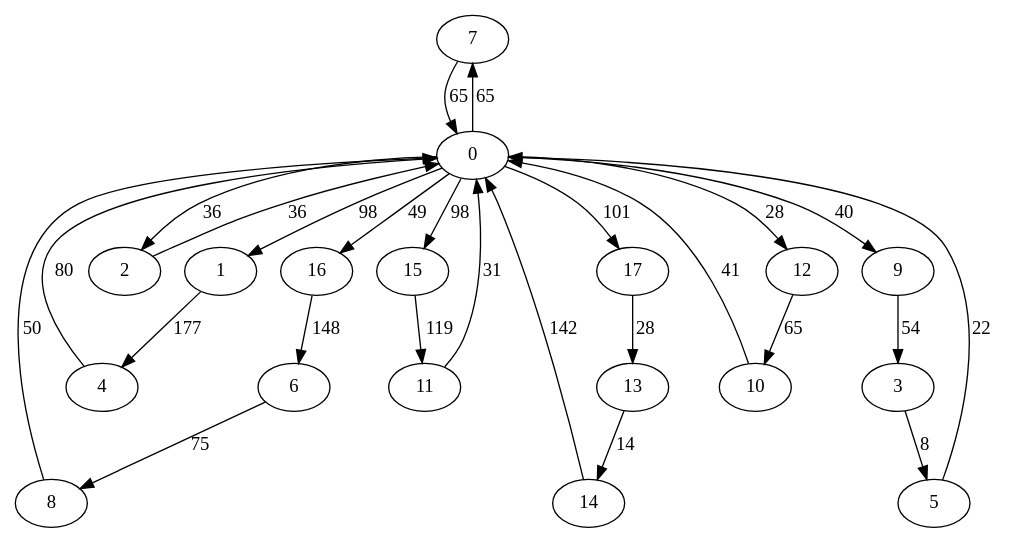
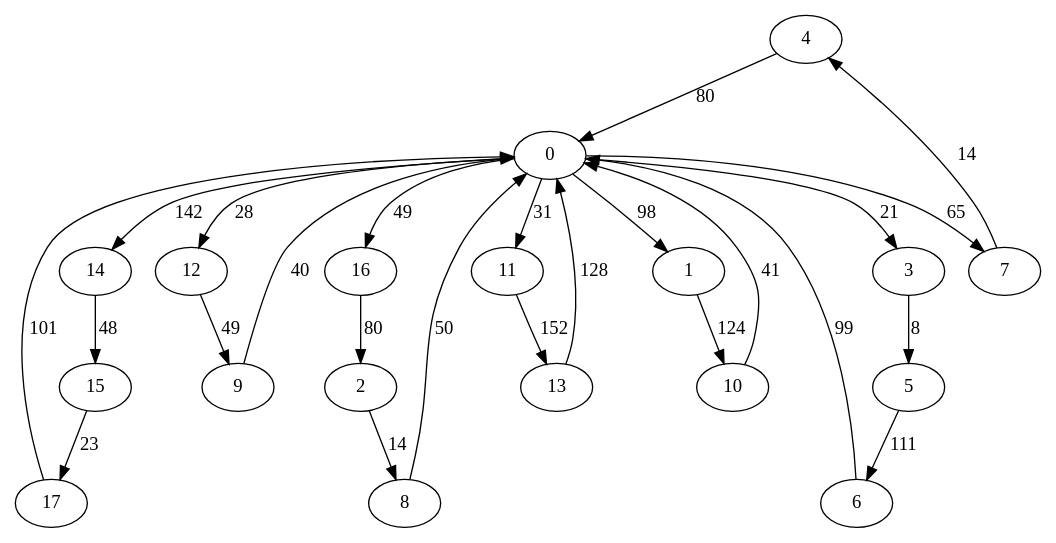
One commit to akosej/vehicle_routing changed the diagram in grafos/iteration4.dot. Above: the diagram before and after it, drawn with Graphviz. The commit also changed 9 other files, not shown here.

```diff
--- a/grafos/iteration4.dot
+++ b/grafos/iteration4.dot
@@ -1,46 +1,45 @@
 digraph G {
-	7->0[ label=65 ];
-	1->4[ label=177 ];
-	13->14[ label=14 ];
-	6->8[ label=75 ];
+	4->0[ label=80 ];
+	3->5[ label=8 ];
+	15->17[ label=23 ];
+	2->8[ label=14 ];
+	12->9[ label=49 ];
+	10->0[ label=41 ];
+	14->15[ label=48 ];
+	16->2[ label=80 ];
+	9->0[ label=40 ];
+	11->13[ label=152 ];
+	5->6[ label=111 ];
+	17->0[ label=101 ];
 	8->0[ label=50 ];
-	15->11[ label=119 ];
-	2->0[ label=36 ];
+	0->11[ label=31 ];
+	0->7[ label=65 ];
+	0->1[ label=98 ];
+	0->3[ label=21 ];
+	0->14[ label=142 ];
 	0->16[ label=49 ];
-	0->15[ label=98 ];
-	0->7[ label=65 ];
-	0->9[ label=40 ];
-	0->1[ label=98 ];
 	0->12[ label=28 ];
-	0->17[ label=101 ];
-	0->2[ label=36 ];
-	12->10[ label=65 ];
-	9->3[ label=54 ];
-	5->0[ label=22 ];
-	17->13[ label=28 ];
-	11->0[ label=31 ];
-	4->0[ label=80 ];
-	10->0[ label=41 ];
-	3->5[ label=8 ];
-	14->0[ label=142 ];
-	16->6[ label=148 ];
+	7->4[ label=14 ];
+	1->10[ label=124 ];
+	6->0[ label=99 ];
+	13->0[ label=128 ];
 	0 [ label=0 ];
 	1 [ label=1 ];
 	10 [ label=10 ];
 	11 [ label=11 ];
 	12 [ label=12 ];
 	13 [ label=13 ];
 	14 [ label=14 ];
 	15 [ label=15 ];
 	16 [ label=16 ];
 	17 [ label=17 ];
 	2 [ label=2 ];
 	3 [ label=3 ];
 	4 [ label=4 ];
 	5 [ label=5 ];
 	6 [ label=6 ];
 	7 [ label=7 ];
 	8 [ label=8 ];
 	9 [ label=9 ];
 
 }
```
